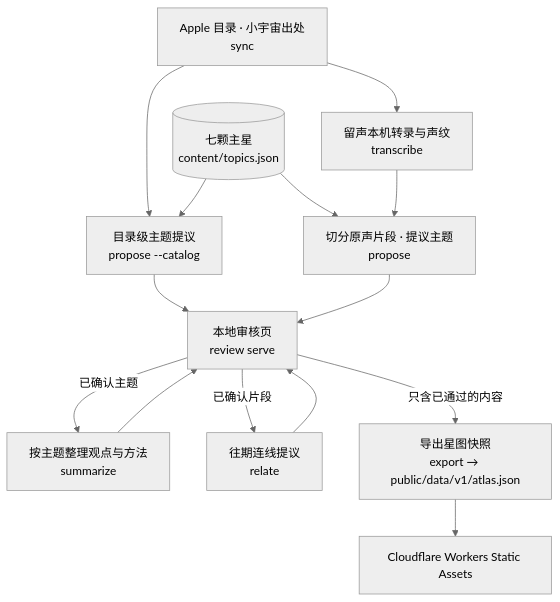
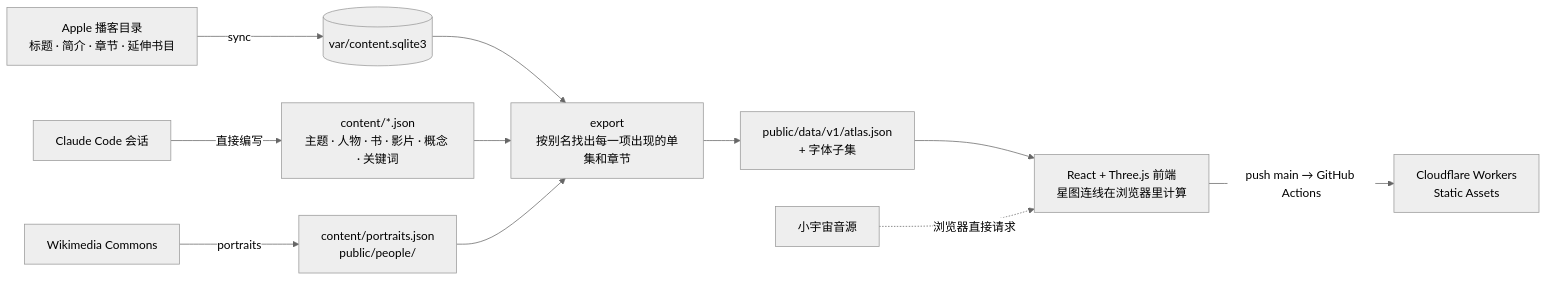
The diagram in README.md (foreseaz/beiershuo), drawn with Mermaid (neutral theme) before and after one commit. The commit also changed other lines of this file and 4 other files, not shown here.

````diff
--- a/README.md
+++ b/README.md
@@ -13,16 +29,13 @@
 ```mermaid
-flowchart TD
-  A[Apple 目录 · 小宇宙出处<br/>sync] --> B[留声本机转录与声纹<br/>transcribe]
-  A --> C1[目录级主题提议<br/>propose --catalog]
-  T[(七颗主星<br/>content/topics.json)] --> C1
-  T --> C2
-  B --> C2[切分原声片段 · 提议主题<br/>propose]
-  C1 --> R[本地审核页<br/>review serve]
-  C2 --> R
-  R -->|已确认主题| S[按主题整理观点与方法<br/>summarize]
-  R -->|已确认片段| L[往期连线提议<br/>relate]
-  S --> R
-  L --> R
-  R -->|只含已通过的内容| E[导出星图快照<br/>export → public/data/v1/atlas.json]
-  E --> W[Cloudflare Workers Static Assets]
+flowchart LR
+  A[Apple 播客目录<br/>标题 · 简介 · 章节 · 延伸书目] -->|sync| D[(var/content.sqlite3)]
+  C[Claude Code 会话] -->|直接编写| J[content/*.json<br/>主题 · 人物 · 书 · 影片 · 概念 · 关键词]
+  W[Wikimedia Commons] -->|portraits| P[content/portraits.json<br/>public/people/]
+  D --> E[export<br/>按别名找出每一项出现的单集和章节]
+  J --> E
+  P --> E
+  E --> S[public/data/v1/atlas.json<br/>+ 字体子集]
+  S --> F[React + Three.js 前端<br/>星图连线在浏览器里计算]
+  F -->|push main → GitHub Actions| CF[Cloudflare Workers<br/>Static Assets]
+  X[小宇宙音源] -. 浏览器直接请求 .-> F
 ```
````
